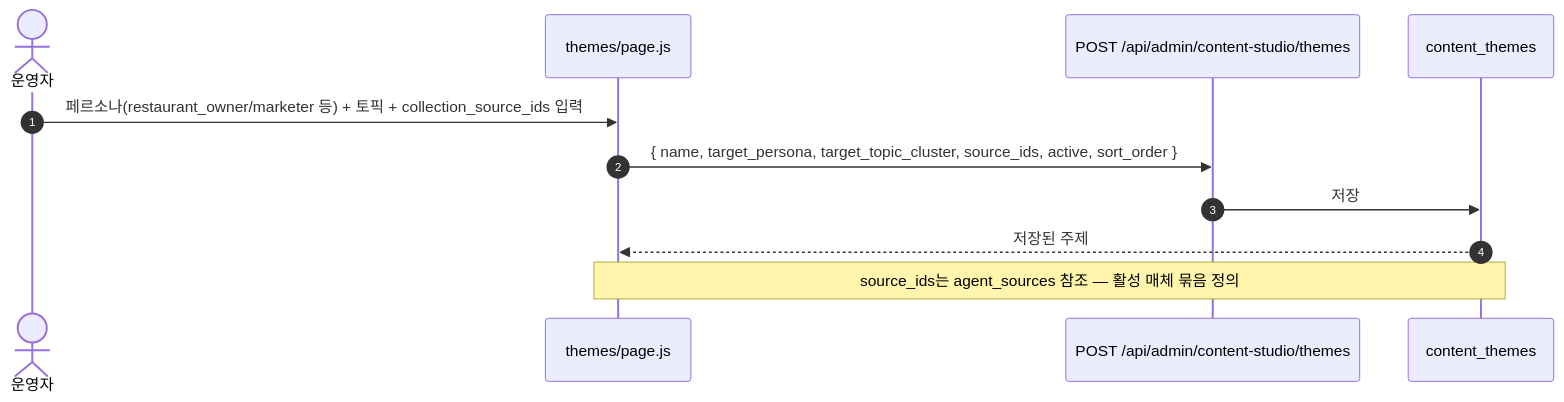
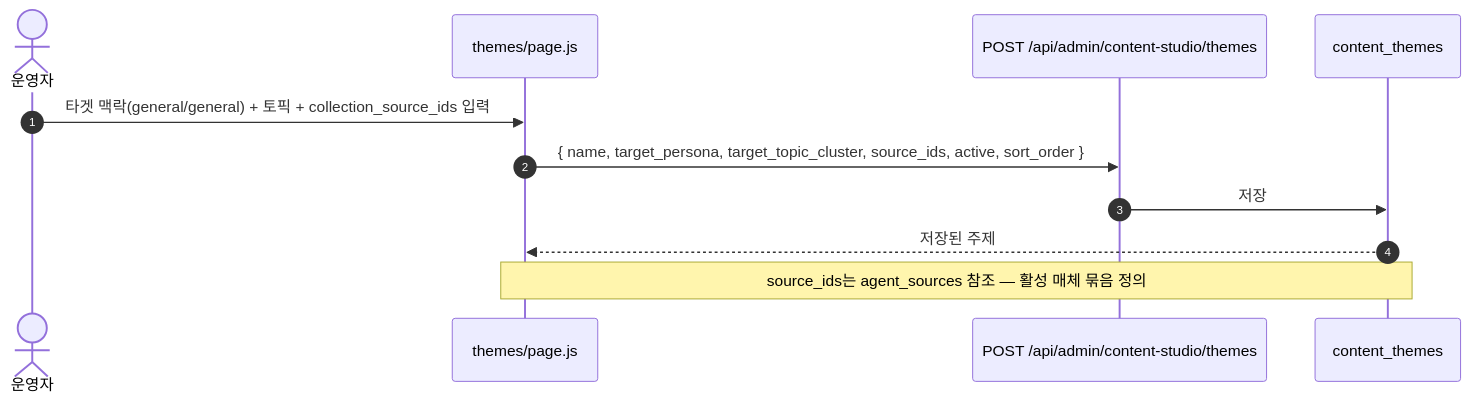
Before and after one commit to giveneeds/give-randing: the third of 9 diagrams in docs/content-studio-pipeline-spec.md, drawn with Mermaid. The commit also changed other lines of this file and 46 other files, not shown here.

````diff
--- a/docs/content-studio-pipeline-spec.md
+++ b/docs/content-studio-pipeline-spec.md
@@ -307,14 +307,14 @@
 ```mermaid
 sequenceDiagram
   autonumber
   actor U as 운영자
   participant UI as themes/page.js
   participant API as POST /api/admin/content-studio/themes
   participant DB as content_themes
 
-  U->>UI: 페르소나(restaurant_owner/marketer 등) + 토픽 + collection_source_ids 입력
+  U->>UI: 타겟 맥락(general/general) + 토픽 + collection_source_ids 입력
   UI->>API: { name, target_persona, target_topic_cluster, source_ids, active, sort_order }
   API->>DB: 저장
   DB-->>UI: 저장된 주제
   Note over UI,DB: source_ids는 agent_sources 참조 — 활성 매체 묶음 정의
 ```
````
